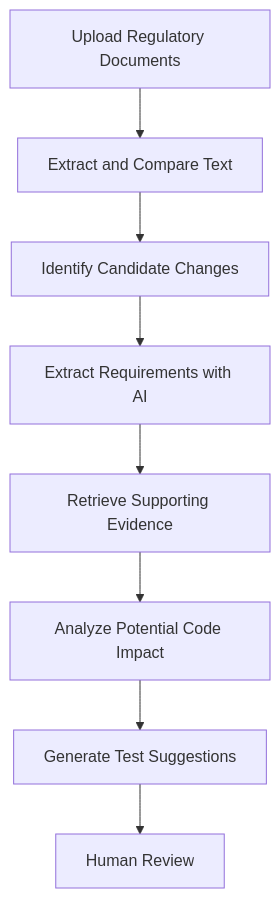
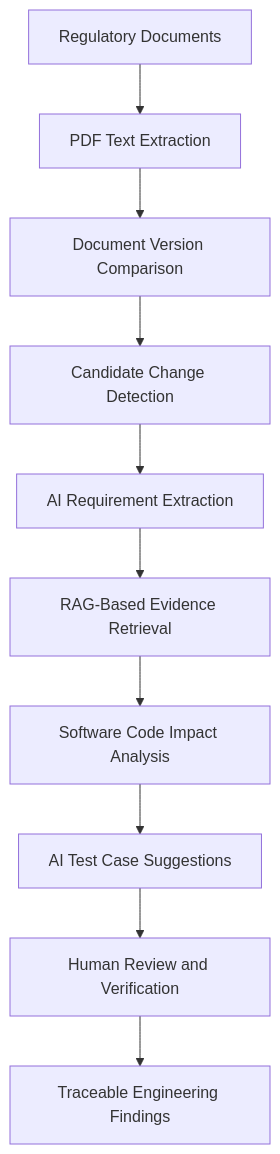
The first of 3 diagrams in README.md (rajshreesinha-23/regulalens-ai), drawn with Mermaid before and after one commit. The commit also changed other lines of this file, not shown here.

````diff
--- a/README.md
+++ b/README.md
@@ -33,10 +50,12 @@
 ```mermaid
 flowchart TD
-    A[Upload Regulatory Documents] --> B[Extract and Compare Text]
-    B --> C[Identify Candidate Changes]
-    C --> D[Extract Requirements with AI]
-    D --> E[Retrieve Supporting Evidence]
-    E --> F[Analyze Potential Code Impact]
-    F --> G[Generate Test Suggestions]
-    G --> H[Human Review]
+    A[Regulatory Documents] --> B[PDF Text Extraction]
+    B --> C[Document Version Comparison]
+    C --> D[Candidate Change Detection]
+    D --> E[AI Requirement Extraction]
+    E --> F[RAG-Based Evidence Retrieval]
+    F --> G[Software Code Impact Analysis]
+    G --> H[AI Test Case Suggestions]
+    H --> I[Human Review and Verification]
+    I --> J[Traceable Engineering Findings]
 ```
````
